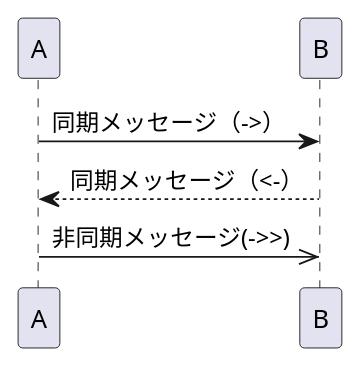
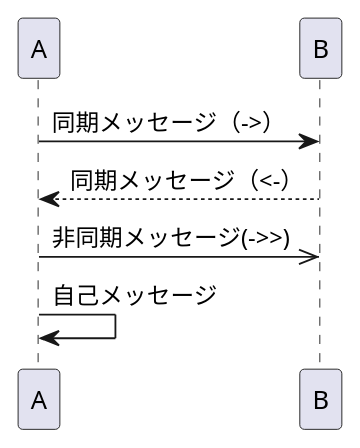
Before and after one commit to HirabayashiOrg/PlantUML: the diagram in document/01_メッセージ/message.pu, drawn with PlantUML. The commit also changed 2 other files, not shown here.

```diff
--- a/document/01_メッセージ/message.pu
+++ b/document/01_メッセージ/message.pu
@@ -1,5 +1,6 @@
 @startuml
 A -> B: 同期メッセージ（->）
 A <-- B: 同期メッセージ（<-）
 A ->> B: 非同期メッセージ(->>)
+A -> A: 自己メッセージ
 @enduml
```
